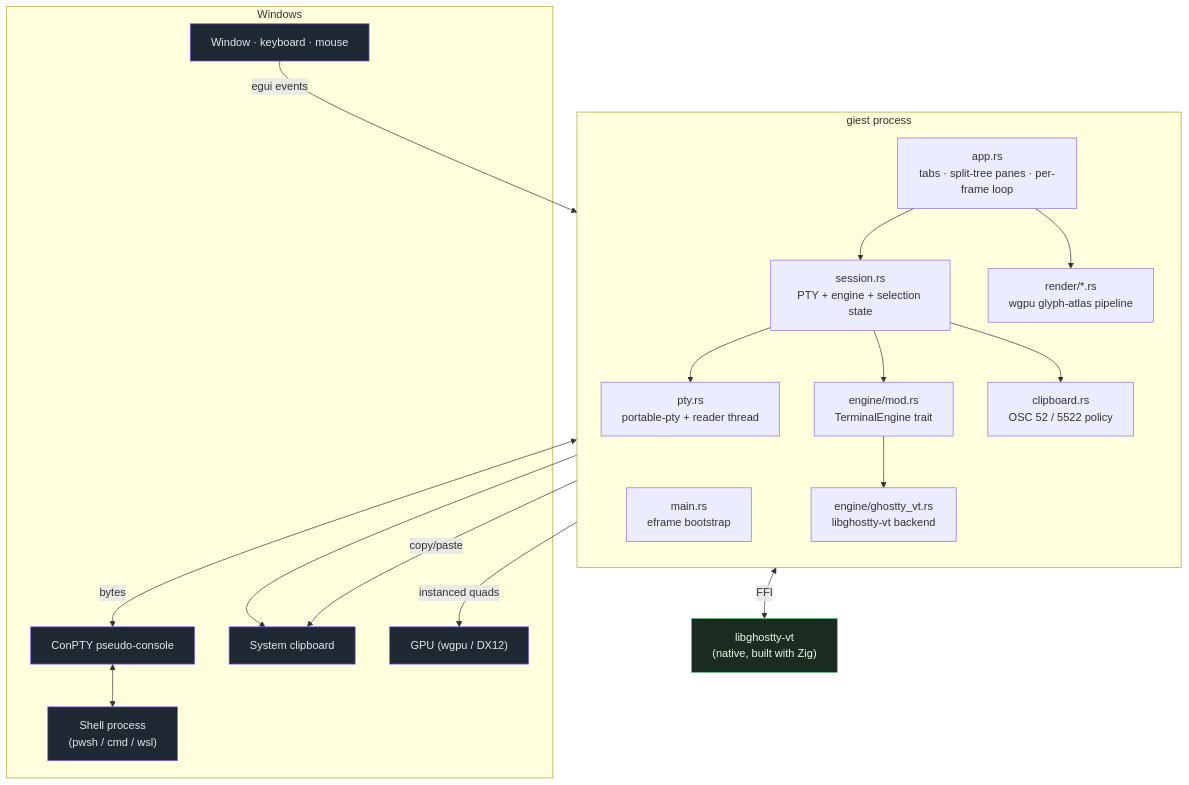
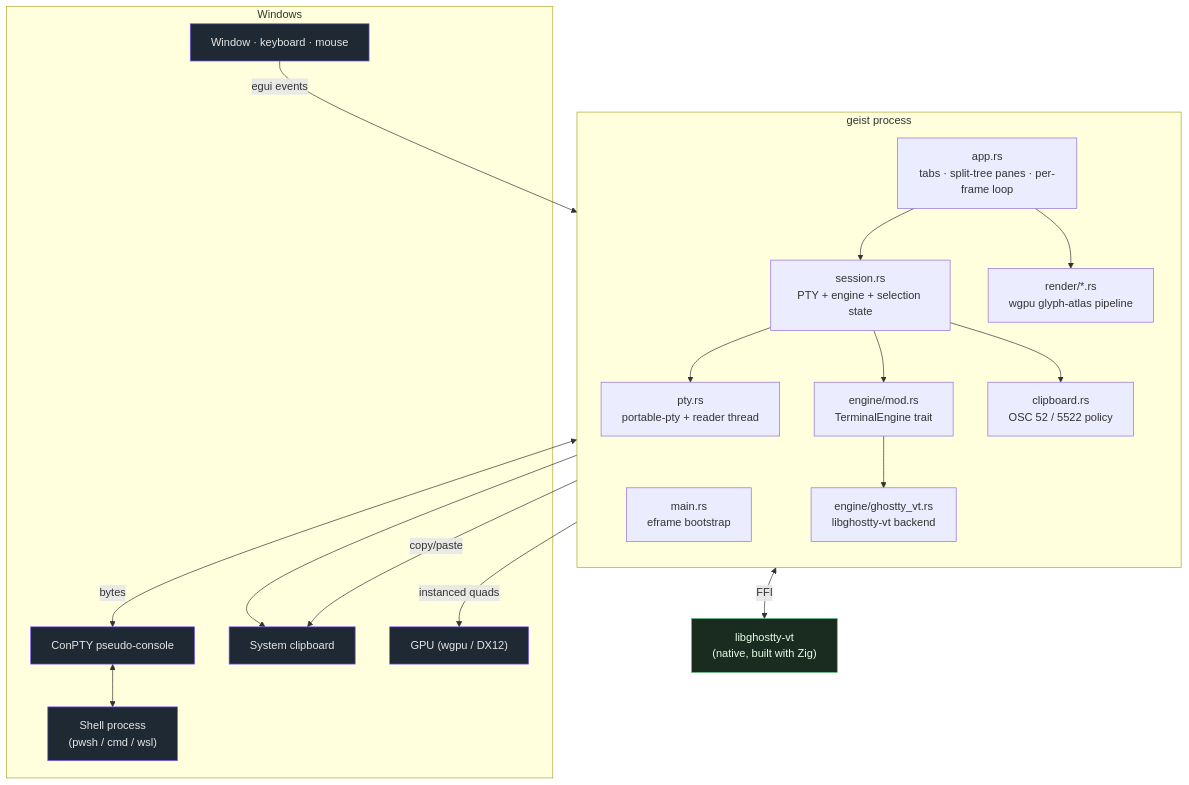
Before and after one commit to stvnksslr/geist: the diagram in docs/architecture/overview.md, drawn with Mermaid. The commit also changed other lines of this file and 110 other files, not shown here.

````diff
--- a/docs/architecture/overview.md
+++ b/docs/architecture/overview.md
@@ -10,43 +10,43 @@
 ```mermaid
 flowchart TB
     subgraph win["Windows"]
         conpty["ConPTY pseudo-console"]
         shell["Shell process<br/>(pwsh / cmd / wsl)"]
         clip["System clipboard"]
         gpu["GPU (wgpu / DX12)"]
         winsys["Window · keyboard · mouse"]
     end
 
-    subgraph app["giest process"]
+    subgraph app["geist process"]
         direction TB
         main["main.rs<br/>eframe bootstrap"]
         appmod["app.rs<br/>tabs · split-tree panes · per-frame loop"]
         session["session.rs<br/>PTY + engine + selection state"]
         pty["pty.rs<br/>portable-pty + reader thread"]
         engine["engine/mod.rs<br/>TerminalEngine trait"]
         ghostty["engine/ghostty_vt.rs<br/>libghostty-vt backend"]
         render["render/*.rs<br/>wgpu glyph-atlas pipeline"]
         osc52["clipboard.rs<br/>OSC 52 / 5522 policy"]
     end
 
     vt["libghostty-vt<br/>(native, built with Zig)"]
 
     winsys -->|egui events| appmod
     appmod --> session
     session --> pty
     pty <-->|bytes| conpty
     conpty <--> shell
     session --> engine
     engine --> ghostty
     ghostty <-->|FFI| vt
     session --> osc52
     osc52 --> clip
     appmod --> render
     render -->|instanced quads| gpu
     appmod -->|copy/paste| clip
 
     classDef osNode fill:#1f2933,stroke:#7c5cff,color:#e6e6e6
     classDef vtNode fill:#1a2b1f,stroke:#5cba7c,color:#e6ffe6
     class conpty,shell,clip,gpu,winsys osNode
     class vt vtNode
 ```
````
